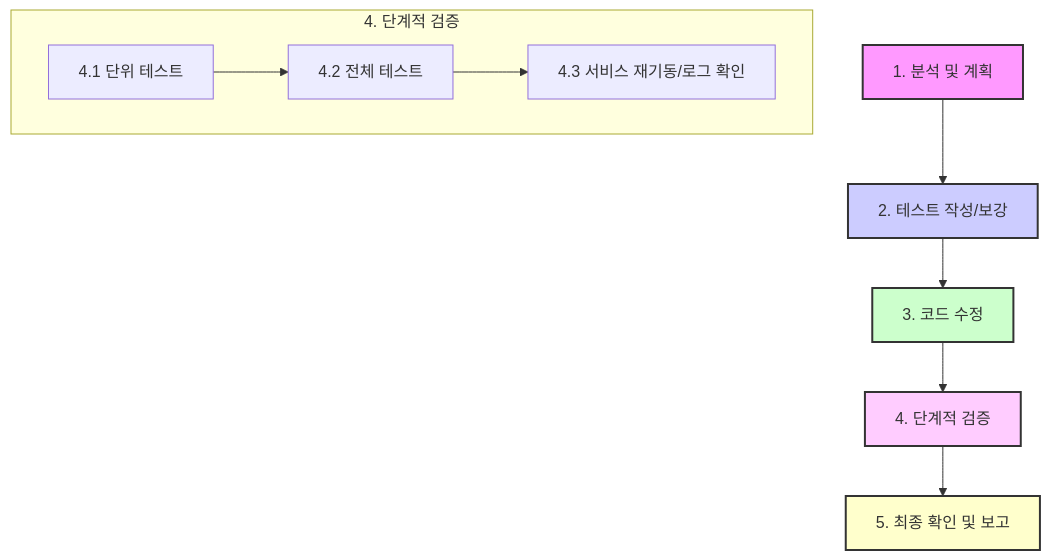
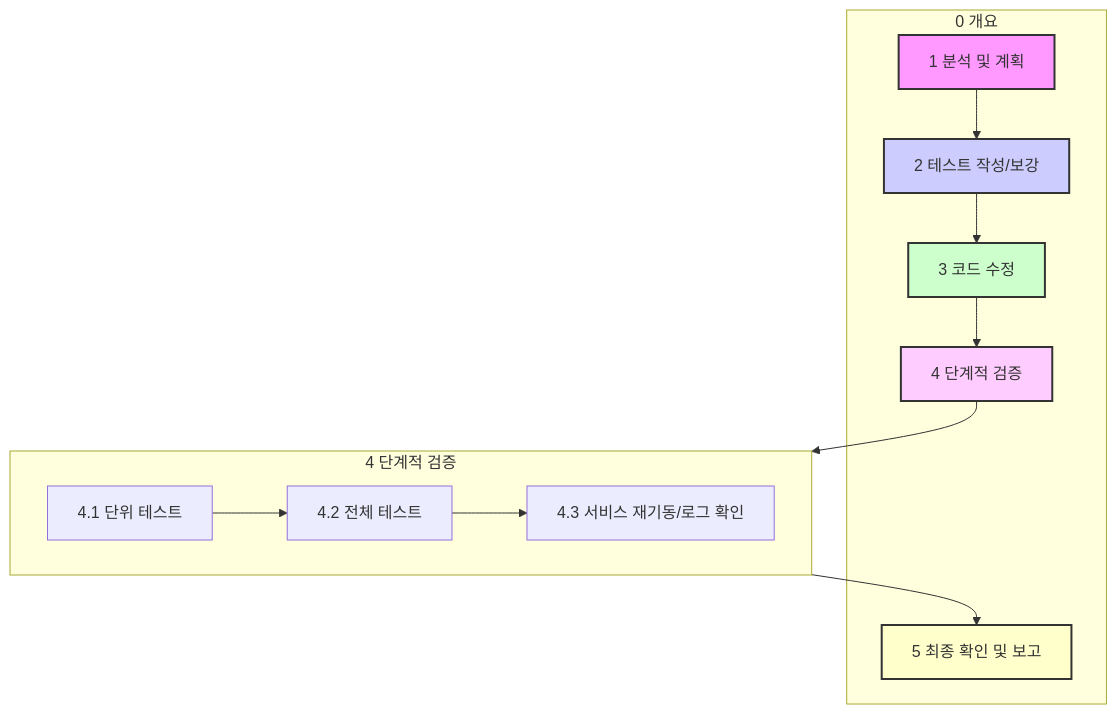
One commit to lkhkhk/StockEye changed the diagram in GEMINI.md. Above: the diagram before and after it, drawn with Mermaid. The commit also changed other lines of this file and 89 other files, not shown here.

First line of the commit message:
refactor(api): 서비스 로직 공용화 및 테스트 안정성 강화

````diff
--- a/GEMINI.md
+++ b/GEMINI.md
@@ -23,19 +23,31 @@
 ```mermaid
 graph TD
-    A[1. 분석 및 계획] --> B[2. 테스트 작성/보강];
-    B --> C[3. 코드 수정];
-    C --> D[4. 단계적 검증];
-    D --> E[5. 최종 확인 및 보고];
+    subgraph "0 개요"
+        A[1 분석 및 계획] 
+        B[2 테스트 작성/보강];
+        C[3 코드 수정];
+        D[4 단계적 검증];
+        E[5 최종 확인 및 보고];
+    end
 
-    subgraph "4. 단계적 검증"
+    subgraph "4 단계적 검증"
         direction LR
-        D1[4.1 단위 테스트] --> D2[4.2 전체 테스트];
-        D2 --> D3[4.3 서비스 재기동/로그 확인];
+        D1[4.1 단위 테스트]
+        D2[4.2 전체 테스트];
+        D3[4.3 서비스 재기동/로그 확인];
     end
+
+    A --> B;
+    B --> C;
+    C --> D;
+    D --> D1;
+    D1 --> D2;
+    D2 --> D3;
+    D3 --> E;
 
     style A fill:#f9f,stroke:#333,stroke-width:2px
     style B fill:#ccf,stroke:#333,stroke-width:2px
     style C fill:#cfc,stroke:#333,stroke-width:2px
     style D fill:#fcf,stroke:#333,stroke-width:2px
     style E fill:#ffc,stroke:#333,stroke-width:2px
 ```
````
